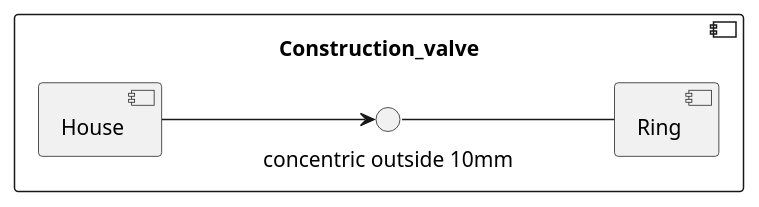
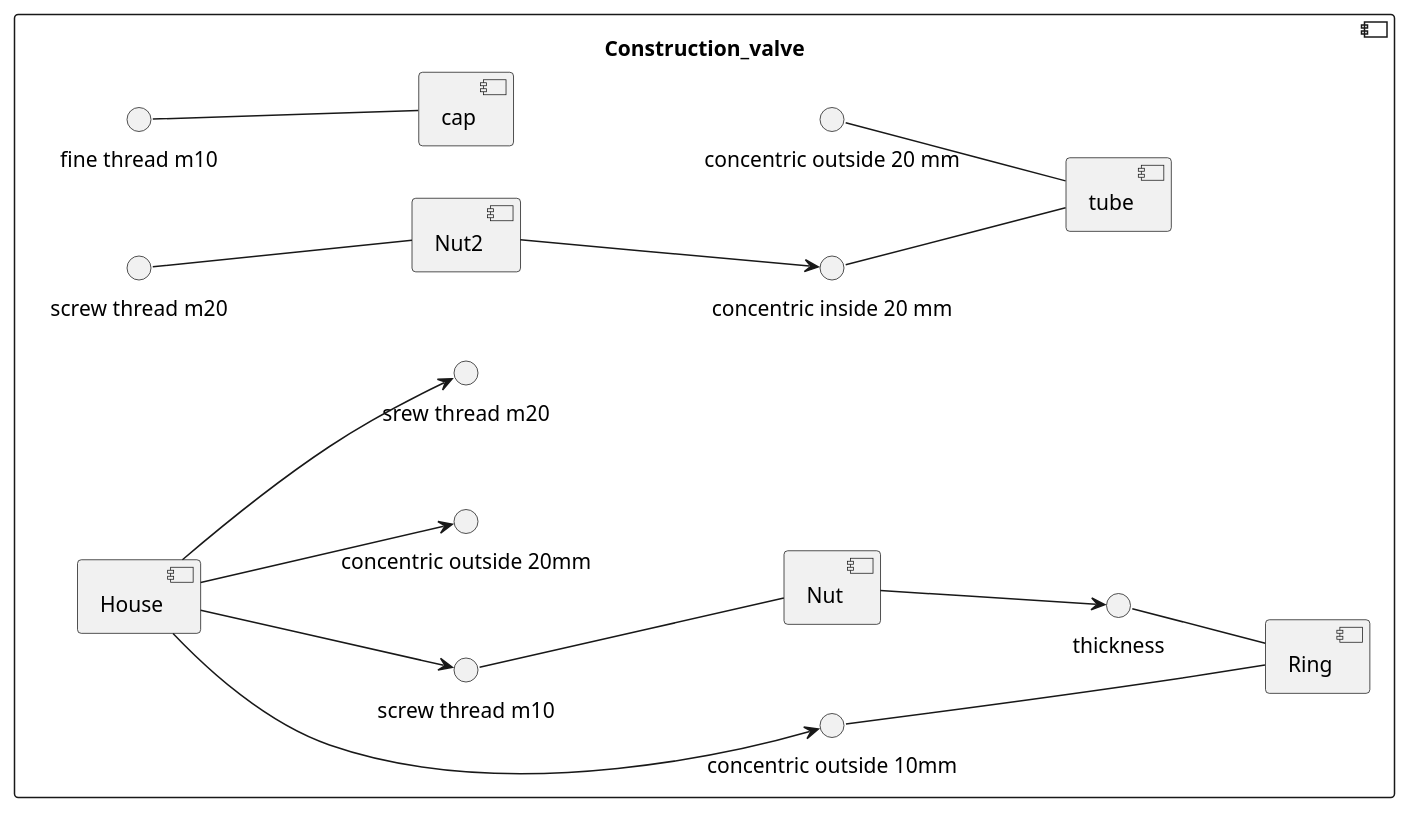
One commit to Timon14kraan/Project-Proces-and-Safety changed the second of 2 diagrams in src/Introduction.md. Above: the diagram before and after it, drawn with PlantUML.

Commit message:
testen veranderingen

````diff
--- a/src/Introduction.md
+++ b/src/Introduction.md
@@ -63,21 +63,38 @@
 ```plantuml
 @startuml Process_and_Safety
 skinparam backgroundColor transparent
 left to right direction
 'skinparam linetype ortho
 
 component Construction_valve {
     
     [Ring]
     () "concentric outside 10mm" -- Ring
+    () "thickness" -- Ring
 
+    [Nut]
+    () "screw thread m10" -- Nut
+    Nut --> "thickness"
+
+    [cap]
+    () "fine thread m10" -- cap
+
+    [tube]
+    () "concentric outside 20 mm" -- tube
+    () "concentric inside 20 mm" -- tube
+
+    [Nut2]
+    () "screw thread m20" -- Nut2
+     Nut2 --> "concentric inside 20 mm"
 
 
     [House]
     House --> "concentric outside 10mm"
-
+    House --> "screw thread m10"
+    House --> "concentric outside 20mm"
+    House --> "srew thread m20"
     
 }
 
 @enduml
 ```
````
